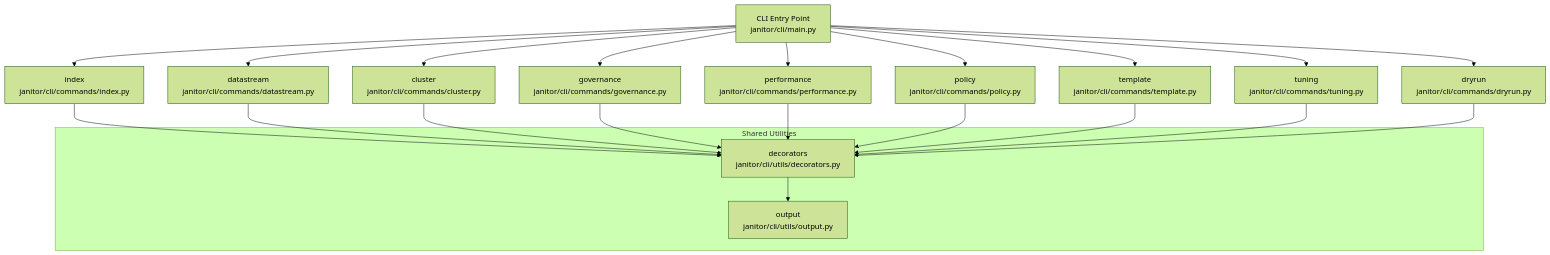
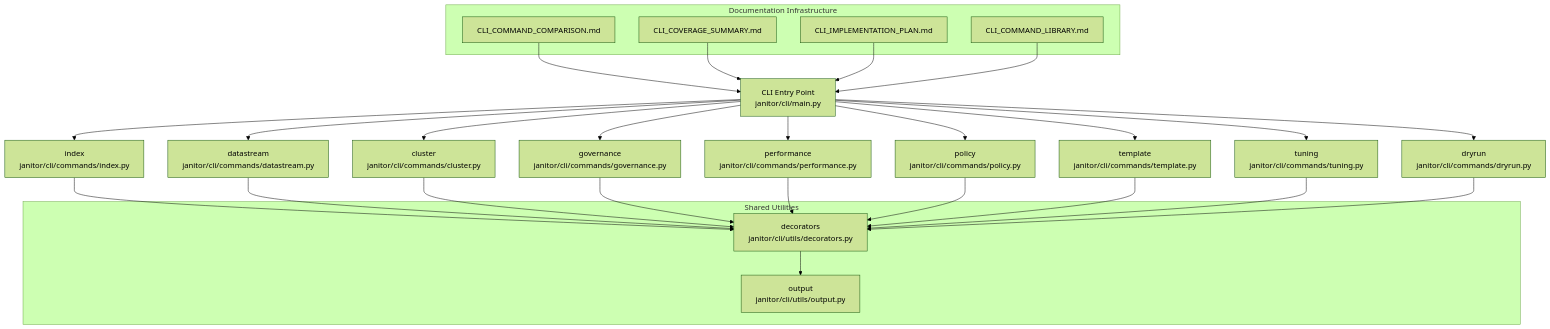
The first of 3 diagrams in .qoder/repowiki/en/content/User Interface Guide/CLI Command Reference.md (austinsonger/elastic-janitor), drawn with Mermaid (forest theme) before and after one commit. The commit also changed other lines of this file and 51 other files, not shown here.

````diff
--- a/.qoder/repowiki/en/content/User Interface Guide/CLI Command Reference.md
+++ b/.qoder/repowiki/en/content/User Interface Guide/CLI Command Reference.md
@@ -40,26 +55,36 @@
 ```mermaid
 graph TB
 CLI["CLI Entry Point<br/>janitor/cli/main.py"] --> IDX["index<br/>janitor/cli/commands/index.py"]
 CLI --> DS["datastream<br/>janitor/cli/commands/datastream.py"]
 CLI --> CLU["cluster<br/>janitor/cli/commands/cluster.py"]
 CLI --> GOV["governance<br/>janitor/cli/commands/governance.py"]
 CLI --> PERF["performance<br/>janitor/cli/commands/performance.py"]
 CLI --> POL["policy<br/>janitor/cli/commands/policy.py"]
 CLI --> TMP["template<br/>janitor/cli/commands/template.py"]
 CLI --> TUN["tuning<br/>janitor/cli/commands/tuning.py"]
 CLI --> DR["dryrun<br/>janitor/cli/commands/dryrun.py"]
+subgraph "Documentation Infrastructure"
+COMP["CLI_COMMAND_COMPARISON.md"]
+COV["CLI_COVERAGE_SUMMARY.md"]
+PLAN["CLI_IMPLEMENTATION_PLAN.md"]
+LIB["CLI_COMMAND_LIBRARY.md"]
+end
+COMP --> CLI
+COV --> CLI
+PLAN --> CLI
+LIB --> CLI
 subgraph "Shared Utilities"
 DEC["decorators<br/>janitor/cli/utils/decorators.py"]
 OUT["output<br/>janitor/cli/utils/output.py"]
 end
 IDX --> DEC
 DS --> DEC
 CLU --> DEC
 GOV --> DEC
 PERF --> DEC
 POL --> DEC
 TMP --> DEC
 TUN --> DEC
 DR --> DEC
 DEC --> OUT
 ```
````
